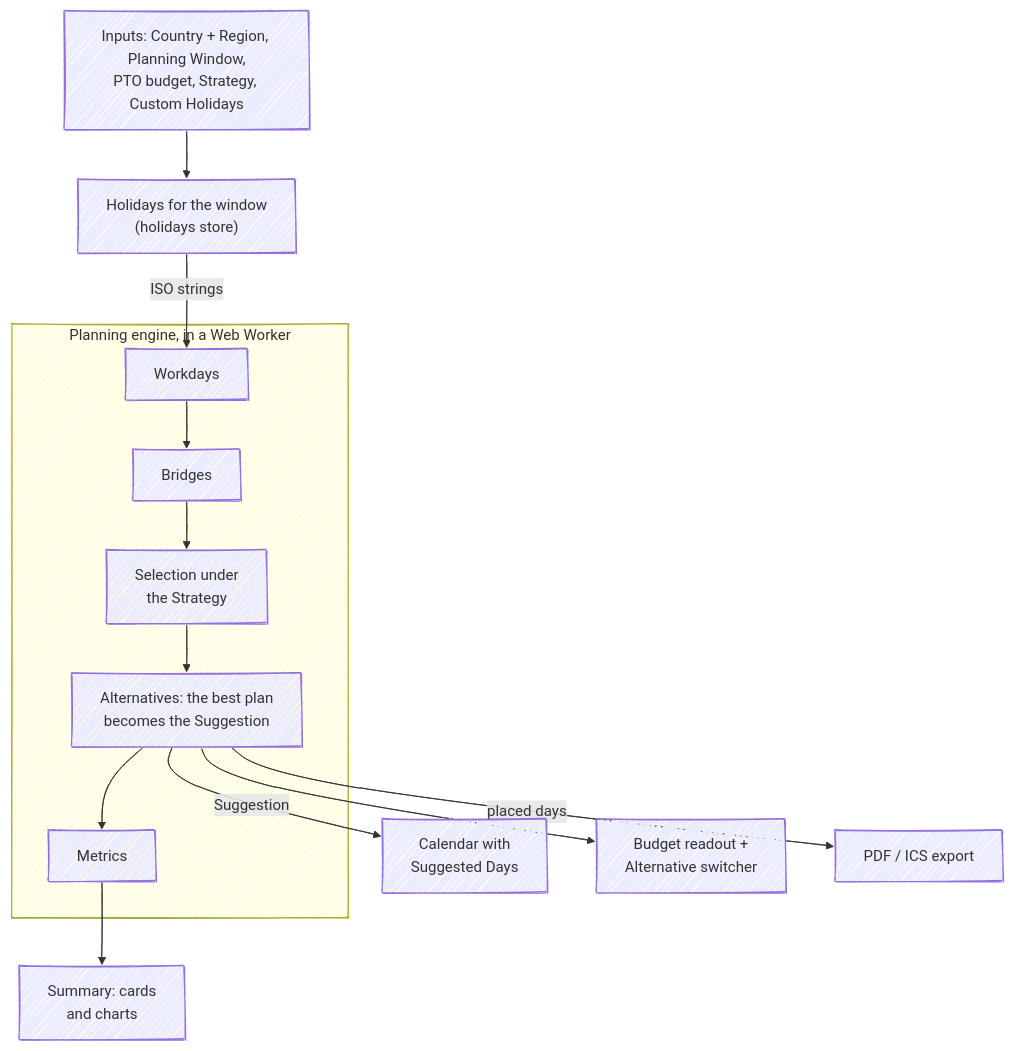
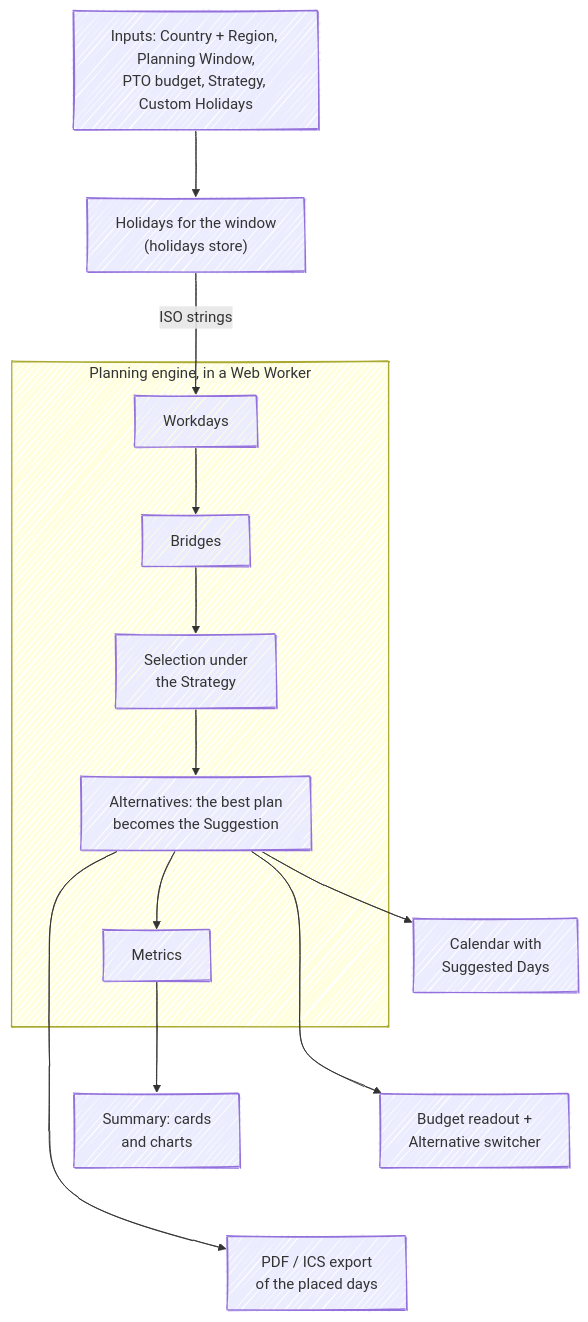
One commit to fbuireu/forever-pto changed the second of 2 diagrams in apps/docs/src/content/docs/start/what-the-planner-does.mdx. Above: the diagram before and after it, drawn with Mermaid. The commit also changed 26 other files, not shown here.

First line of the commit message:
docs(diagrams): fix split words, overlaps and oversized Mermaid diagrams

````diff
--- a/apps/docs/src/content/docs/start/what-the-planner-does.mdx
+++ b/apps/docs/src/content/docs/start/what-the-planner-does.mdx
@@ -62,18 +62,22 @@
 ```mermaid
 ---
 config:
   look: handDrawn
   layout: dagre
+  flowchart:
+    nodeSpacing: 30
+    rankSpacing: 70
 ---
 flowchart TB
   IN["Inputs: Country + Region, Planning Window,<br/>PTO budget, Strategy, Custom Holidays"]
   IN --> F["Holidays for the window<br/>(holidays store)"]
   F -->|ISO strings| WD
   subgraph engine [Planning engine, in a Web Worker]
     WD[Workdays] --> BR[Bridges] --> SEL["Selection under<br/>the Strategy"] --> ALT["Alternatives: the best plan<br/>becomes the Suggestion"] --> MET[Metrics]
   end
-  ALT -->|Suggestion| CAL["Calendar with<br/>Suggested Days"]
+  ALT --> CAL["Calendar with<br/>Suggested Days"]
   ALT --> PANEL["Budget readout +<br/>Alternative switcher"]
   MET --> SUM["Summary: cards<br/>and charts"]
-  ALT -->|placed days| EXP["PDF / ICS export"]
+  ALT --> EXP["PDF / ICS export<br/>of the placed days"]
+  CAL ~~~ PANEL ~~~ EXP
 ```
````
